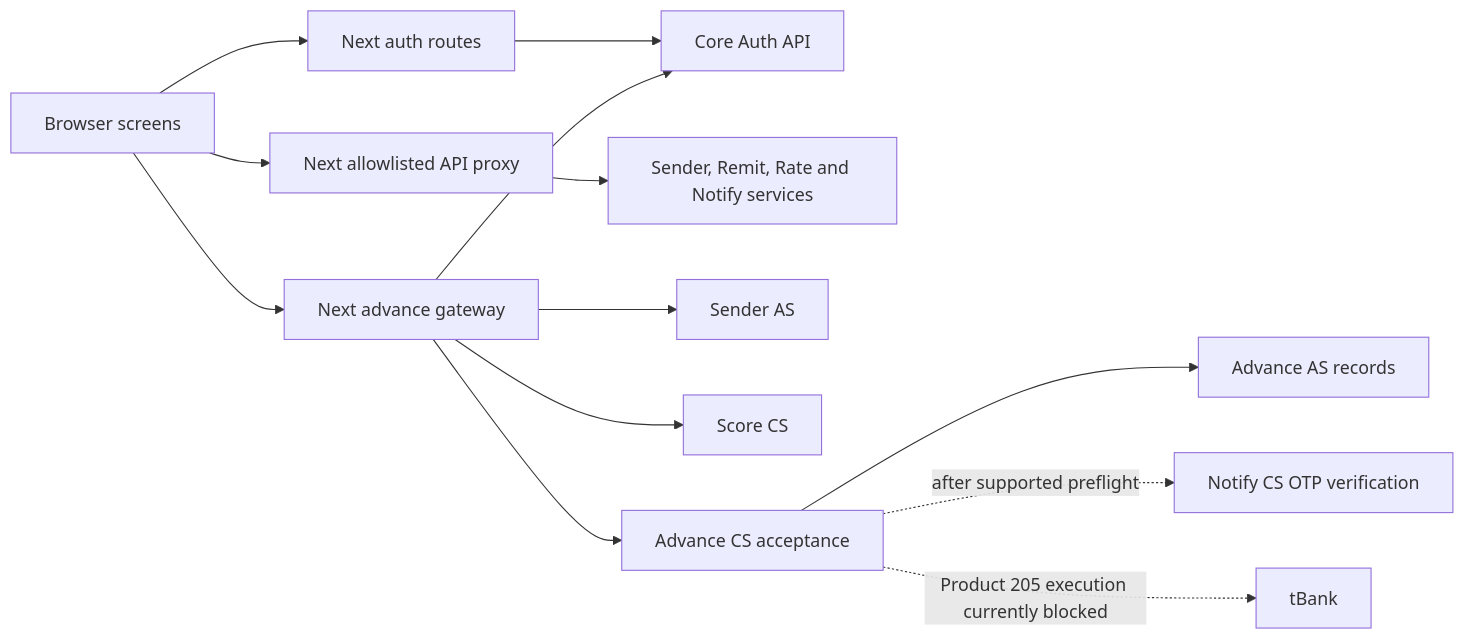
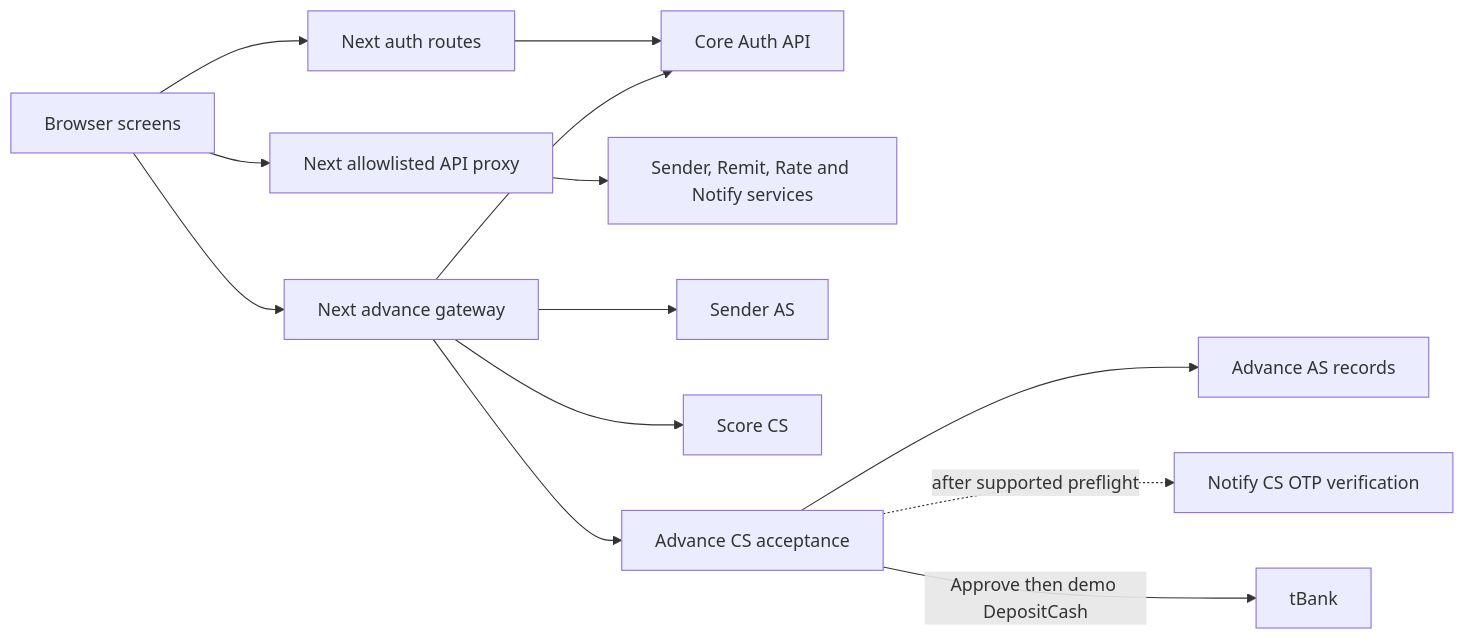
The diagram in docs/ARCHITECTURE.md (marcang0803/dbea-frontend), drawn with Mermaid before and after one commit. The commit also changed other lines of this file and 13 other files, not shown here.

First line of the commit message:
feat(p6): add guarded Product 205 demo funding

````diff
--- a/docs/ARCHITECTURE.md
+++ b/docs/ARCHITECTURE.md
@@ -21,15 +21,15 @@
 ```mermaid
 flowchart LR
     UI[Browser screens] --> Auth[Next auth routes]
     UI --> Proxy[Next allowlisted API proxy]
     UI --> Advance[Next advance gateway]
     Auth --> Core[Core Auth API]
     Proxy --> Team[Sender, Remit, Rate and Notify services]
     Advance --> Core
     Advance --> Sender[Sender AS]
     Advance --> Score[Score CS]
     Advance --> C9[Advance CS acceptance]
     C9 --> A8[Advance AS records]
     C9 -. after supported preflight .-> OTP[Notify CS OTP verification]
-    C9 -. Product 205 execution currently blocked .-> Bank[tBank]
+    C9 -->|Approve then demo DepositCash| Bank[tBank]
 ```
````
